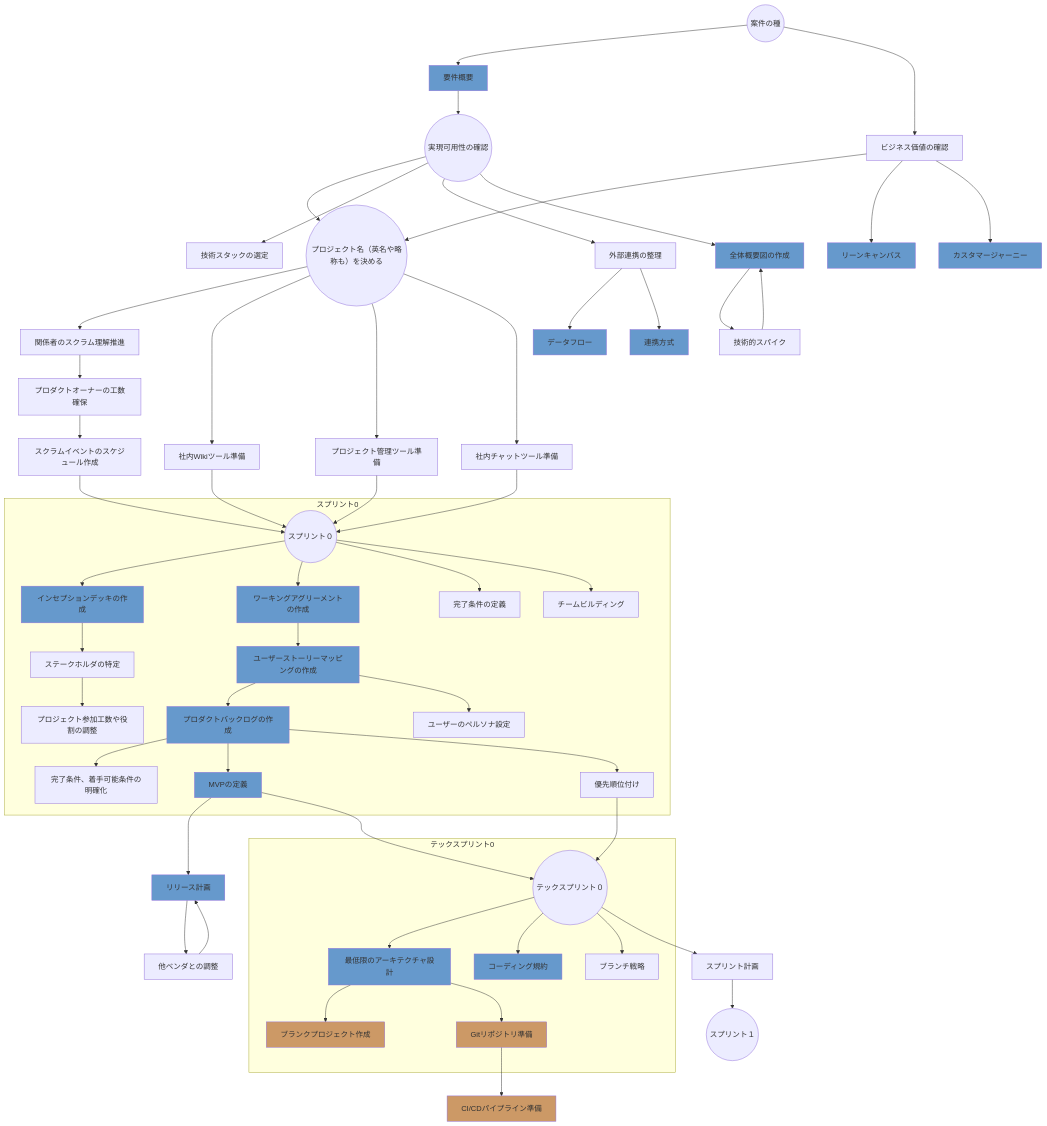
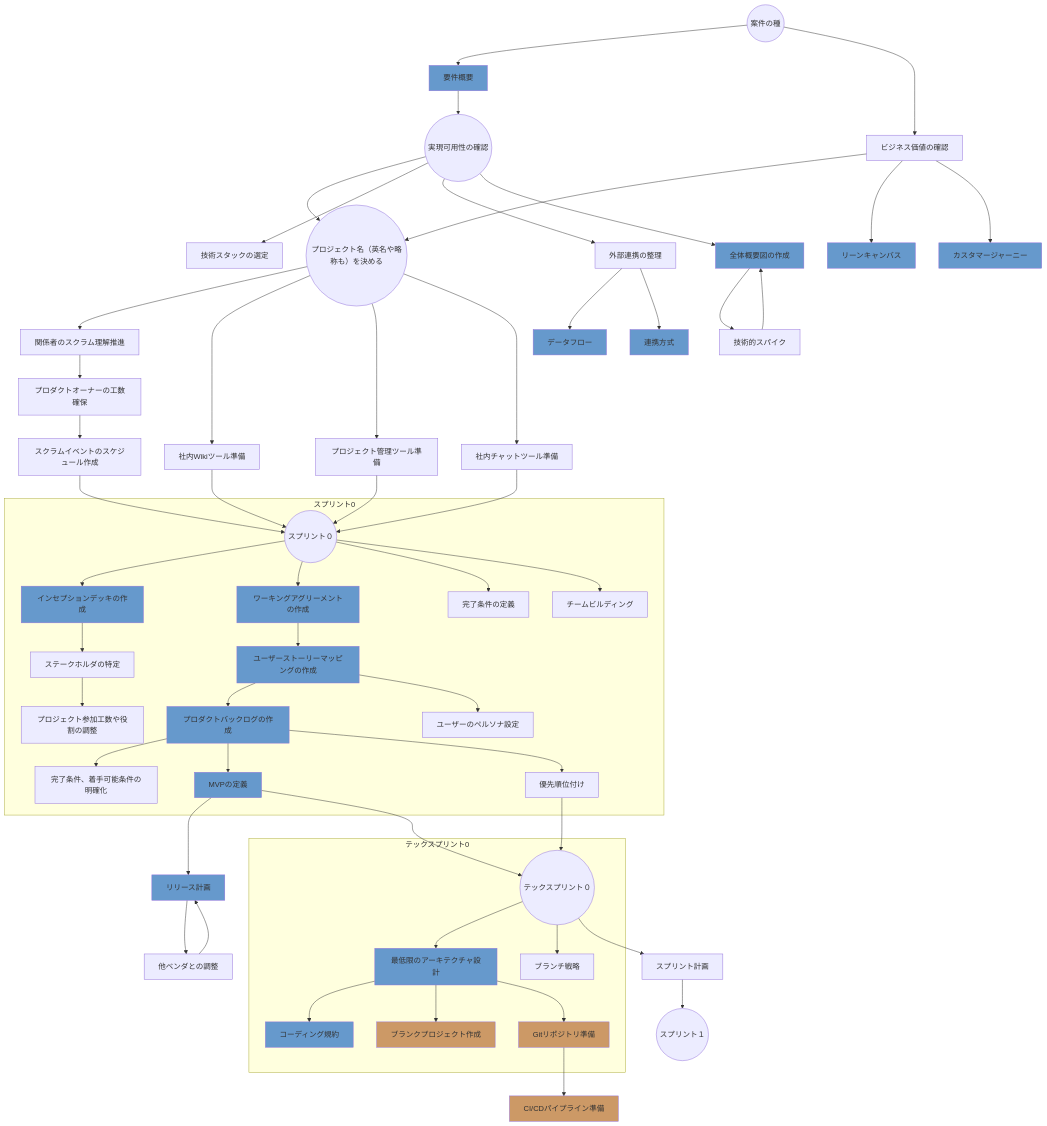
Before and after one commit to ksag2/scrum_prj_flow: the diagram in flow.md, drawn with Mermaid.

```diff
--- a/flow.md
+++ b/flow.md
@@ -43,7 +43,7 @@
     node_30 --> node_34
     node_31 --> node_34
     node_34 --> node_35
-    node_34 --> node_36
+    node_35 --> node_36
     node_34 --> node_37
     node_35 --> node_38
     node_35 --> node_39
```
